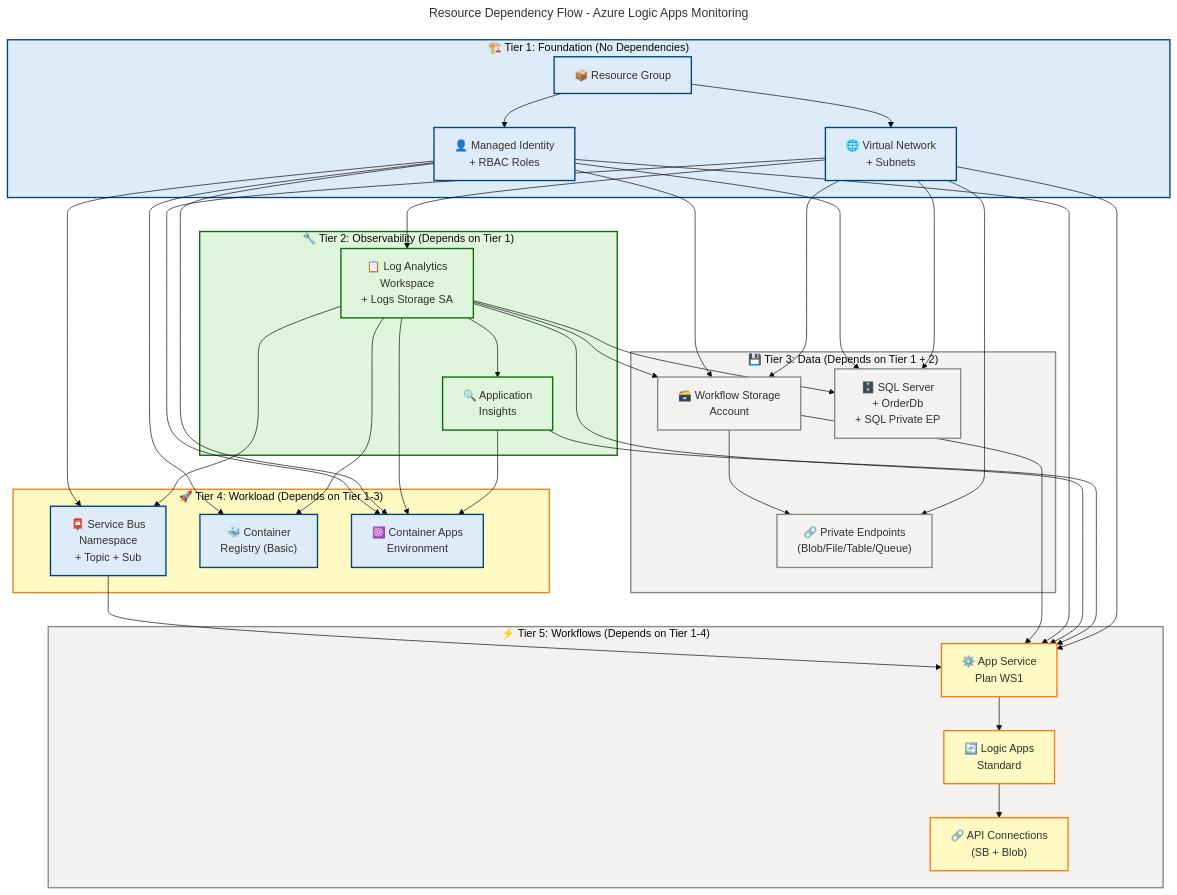
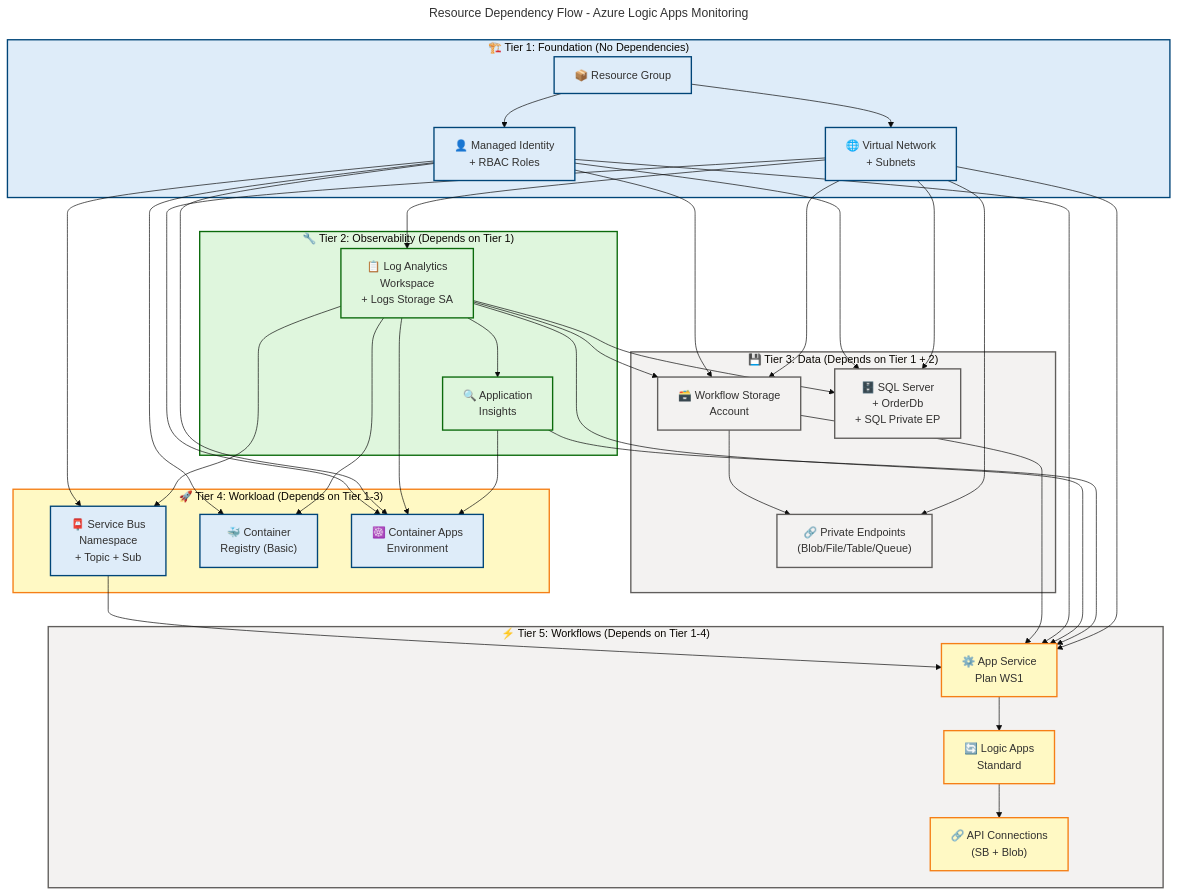
Before and after one commit to Evilazaro/Azure-LogicApps-Monitoring: the third of 3 diagrams in docs/architecture/Technology-Layer-Architecture.md, drawn with Mermaid. The commit also changed other lines of this file and 3 other files, not shown here.

Commit message:
docs: update neutral grey color definitions in architecture diagrams for improved consistency

```diff
--- a/docs/architecture/Technology-Layer-Architecture.md
+++ b/docs/architecture/Technology-Layer-Architecture.md
@@ -870,14 +870,14 @@
 
     style Tier1 fill:#DEECF9,stroke:#004578,stroke-width:2px,color:#323130
     style Tier2 fill:#DFF6DD,stroke:#0B6A0B,stroke-width:2px,color:#323130
-    style Tier3 fill:#F3F2F1,stroke:#8A8886,stroke-width:2px,color:#323130
+    style Tier3 fill:#F3F2F1,stroke:#605E5C,stroke-width:2px,color:#323130
     style Tier4 fill:#FFF9C4,stroke:#F57F17,stroke-width:2px,color:#323130
-    style Tier5 fill:#F3F2F1,stroke:#8A8886,stroke-width:2px,color:#323130
+    style Tier5 fill:#F3F2F1,stroke:#605E5C,stroke-width:2px,color:#323130
 
     classDef azureBlue fill:#DEECF9,stroke:#004578,stroke-width:2px,color:#323130
     classDef successGreen fill:#DFF6DD,stroke:#0B6A0B,stroke-width:2px,color:#323130
     classDef warningYellow fill:#FFF9C4,stroke:#F57F17,stroke-width:2px,color:#323130
-    classDef neutralGrey fill:#F3F2F1,stroke:#8A8886,stroke-width:2px,color:#323130
+    classDef neutralGrey fill:#F3F2F1,stroke:#605E5C,stroke-width:2px,color:#323130
 
     class RG,VNetDep,MIDep azureBlue
     class LAWDep,AppInsDep successGreen
```
